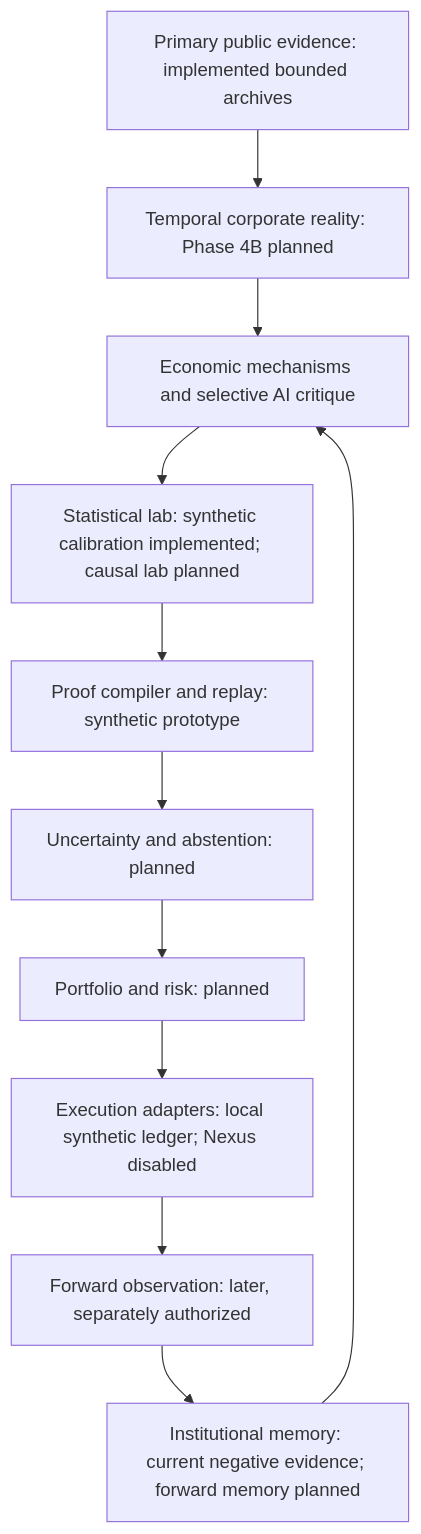
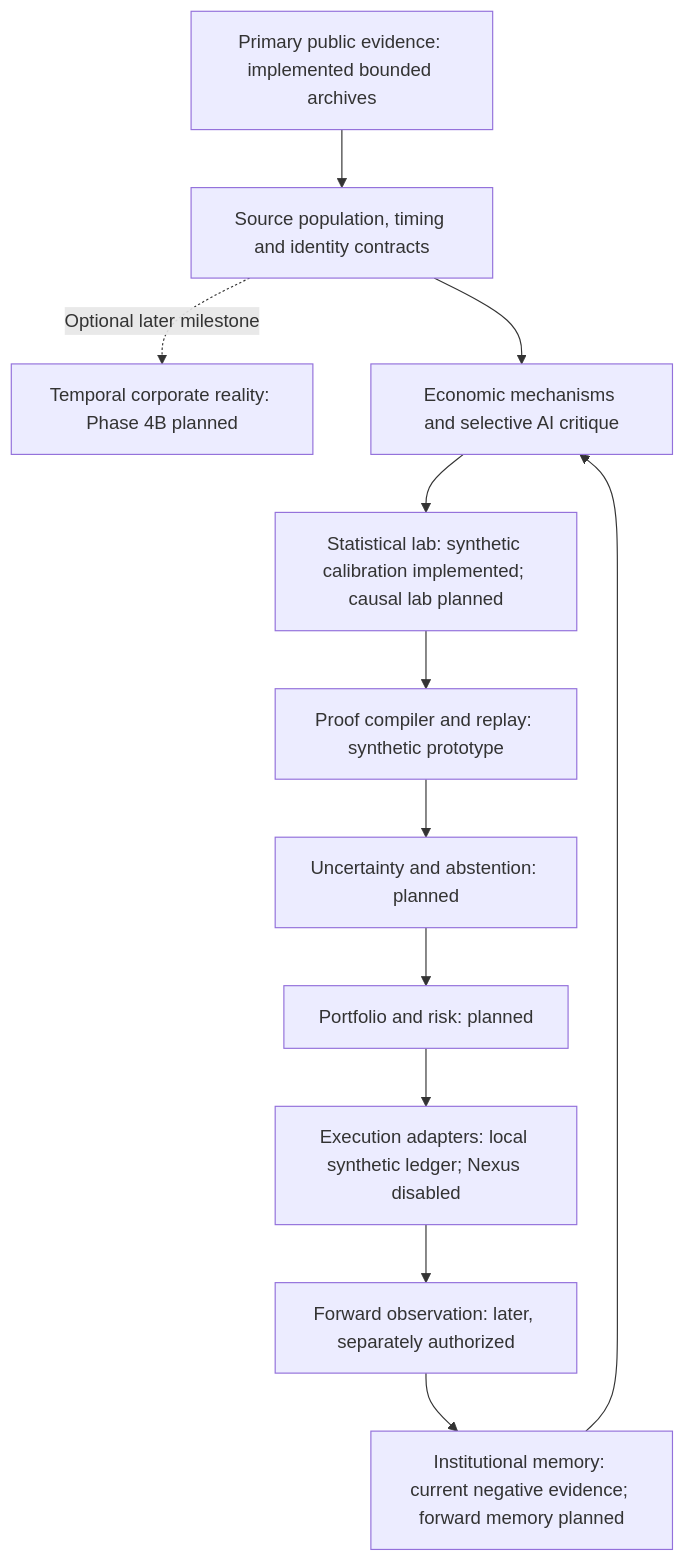
Before and after one commit to jarems421/ai-assisted-quantitative-research: the diagram in README.md, drawn with Mermaid. The commit also changed other lines of this file and 1 other file, not shown here.

Commit message:
Make README employer-ready with research highlights and roadmap

````diff
--- a/README.md
+++ b/README.md
@@ -18,13 +50,14 @@
 ```mermaid
 flowchart TD
-    A["Primary public evidence: implemented bounded archives"] --> B["Temporal corporate reality: Phase 4B planned"]
+    A["Primary public evidence: implemented bounded archives"] --> B["Source population, timing and identity contracts"]
+    B -. "Optional later milestone" .-> K["Temporal corporate reality: Phase 4B planned"]
     B --> C["Economic mechanisms and selective AI critique"]
     C --> D["Statistical lab: synthetic calibration implemented; causal lab planned"]
     D --> E["Proof compiler and replay: synthetic prototype"]
     E --> F["Uncertainty and abstention: planned"]
     F --> G["Portfolio and risk: planned"]
     G --> H["Execution adapters: local synthetic ledger; Nexus disabled"]
     H --> I["Forward observation: later, separately authorized"]
     I --> J["Institutional memory: current negative evidence; forward memory planned"]
     J --> C
 ```
````
